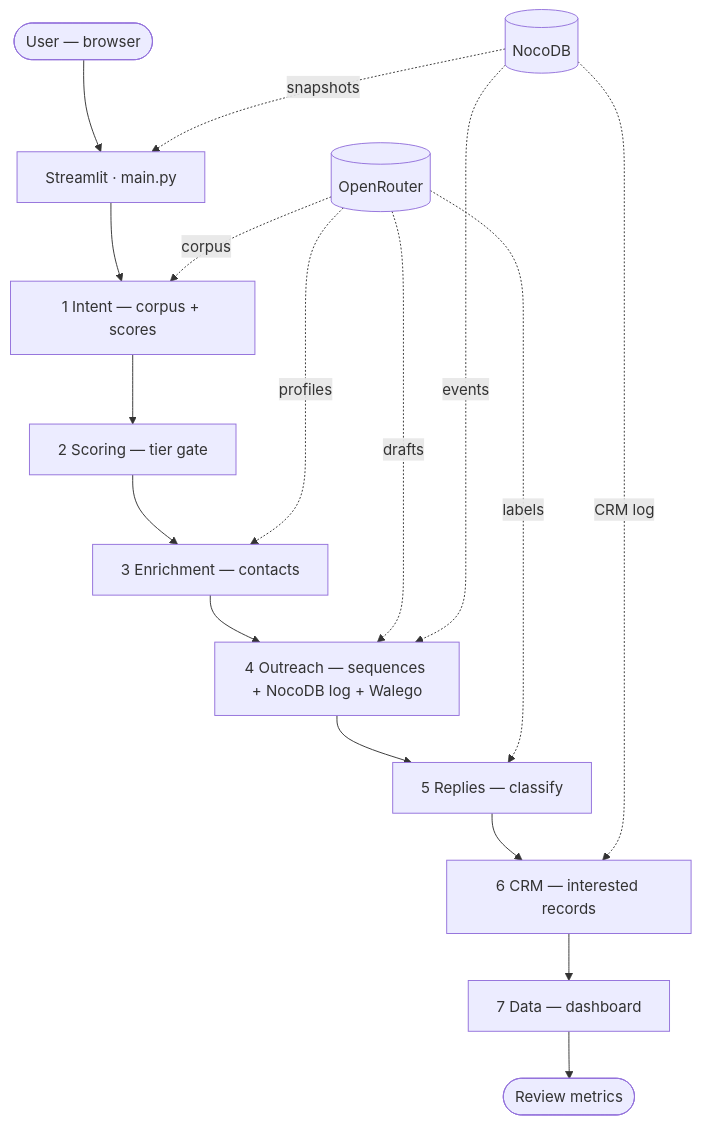
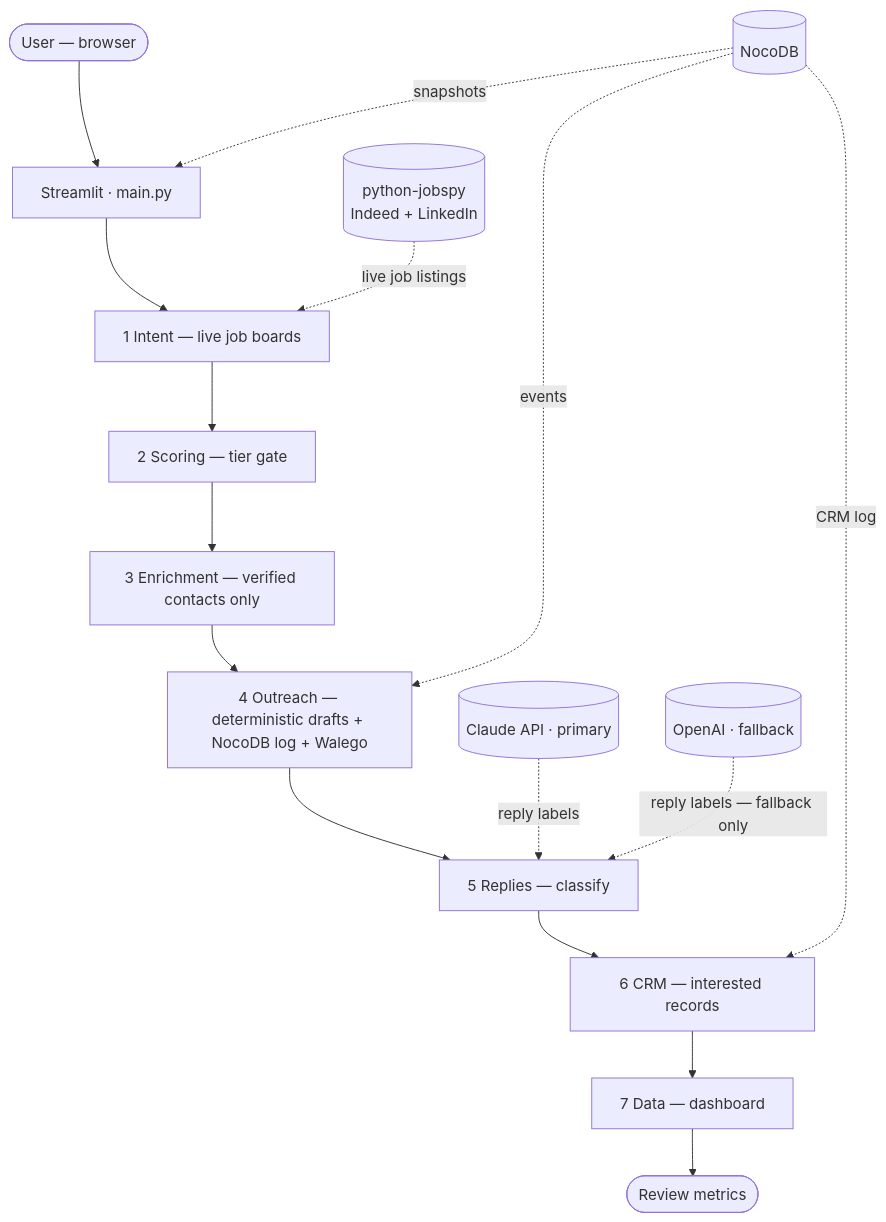
One commit to CHIRANTAN1455/intentengine changed the first of 2 diagrams in README.md. Above: the diagram before and after it, drawn with Mermaid. The commit also changed other lines of this file and 14 other files, not shown here.

````diff
--- a/README.md
+++ b/README.md
@@ -73,25 +97,26 @@
 ```mermaid
 flowchart TB
   User([User — browser])
   User --> App[Streamlit · main.py]
-  App --> S0[1 Intent — corpus + scores]
+  App --> S0[1 Intent — live job boards]
   S0 --> S1[2 Scoring — tier gate]
-  S1 --> S2[3 Enrichment — contacts]
-  S2 --> S3[4 Outreach — sequences + NocoDB log + Walego]
+  S1 --> S2[3 Enrichment — verified contacts only]
+  S2 --> S3[4 Outreach — deterministic drafts + NocoDB log + Walego]
   S3 --> S4[5 Replies — classify]
   S4 --> S5[6 CRM — interested records]
   S5 --> S6[7 Data — dashboard]
   S6 --> Out([Review metrics])
 
-  OR[(OpenRouter)]
+  JS[(python-jobspy<br/>Indeed + LinkedIn)]
+  CL[(Claude API · primary)]
+  OA[(OpenAI · fallback)]
   DB[(NocoDB)]
 
-  OR -.->|corpus| S0
-  OR -.->|profiles| S2
-  OR -.->|drafts| S3
-  OR -.->|labels| S4
+  JS -.->|live job listings| S0
+  CL -.->|reply labels| S4
+  OA -.->|reply labels — fallback only| S4
 
   DB -.->|snapshots| App
   DB -.->|events| S3
   DB -.->|CRM log| S5
 ```
````
